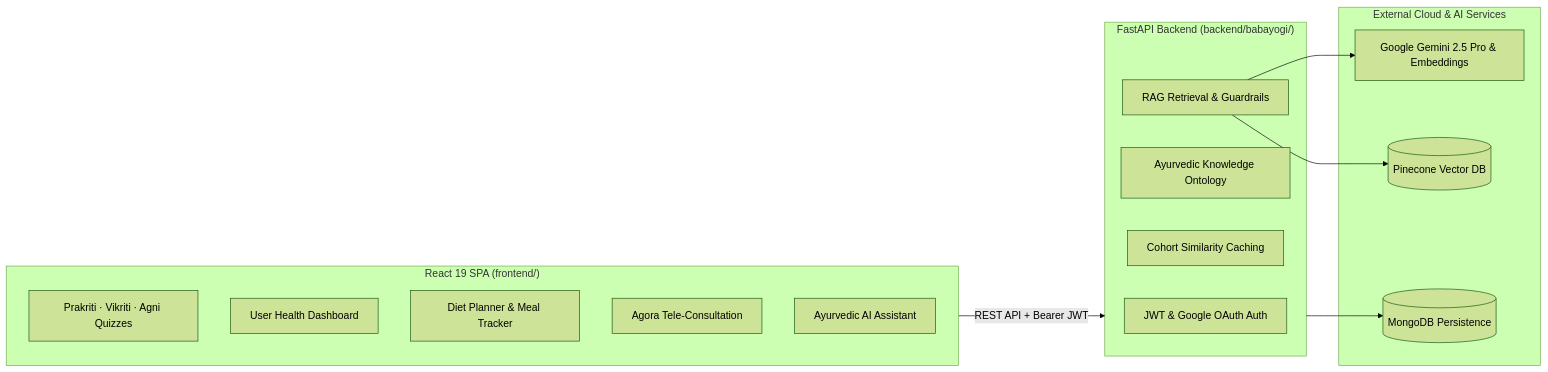
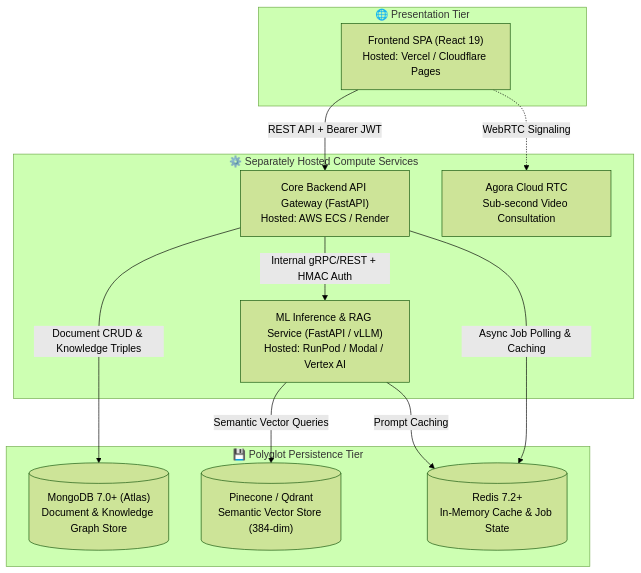
Before and after one commit to rajgupta04/Ayurvarta: the diagram in README.md, drawn with Mermaid (forest theme). The commit also changed other lines of this file and 9 other files, not shown here.

Commit message:
docs: add project rules and comprehensive distributed system architecture documentation

````diff
--- a/README.md
+++ b/README.md
@@ -11,28 +13,26 @@
 ```mermaid
-flowchart LR
-    subgraph Frontend["React 19 SPA (frontend/)"]
-        Quizzes["Prakriti · Vikriti · Agni Quizzes"]
-        Dashboard["User Health Dashboard"]
-        DietUI["Diet Planner & Meal Tracker"]
-        Agora["Agora Tele-Consultation"]
-        Chatbot["Ayurvedic AI Assistant"]
+flowchart TD
+    subgraph ClientTier["🌐 Presentation Tier"]
+        FE["Frontend SPA (React 19)<br/>Hosted: Vercel / Cloudflare Pages"]
     end
 
-    subgraph Backend["FastAPI Backend (backend/babayogi/)"]
-        Auth["JWT & Google OAuth Auth"]
-        Ontology["Ayurvedic Knowledge Ontology"]
-        Cache["Cohort Similarity Caching"]
-        RAG["RAG Retrieval & Guardrails"]
+    subgraph ServiceTier["⚙️ Separately Hosted Compute Services"]
+        Backend["Core Backend API Gateway (FastAPI)<br/>Hosted: AWS ECS / Render"]
+        MLService["ML Inference & RAG Service (FastAPI / vLLM)<br/>Hosted: RunPod / Modal / Vertex AI"]
+        Agora["Agora Cloud RTC<br/>Sub-second Video Consultation"]
     end
 
-    subgraph External["External Cloud & AI Services"]
-        Gemini["Google Gemini 2.5 Pro & Embeddings"]
-        Pinecone[("Pinecone Vector DB")]
-        MongoDB[("MongoDB Persistence")]
+    subgraph PolyglotTier["💾 Polyglot Persistence Tier"]
+        MongoDB[("MongoDB 7.0+ (Atlas)<br/>Document & Knowledge Graph Store")]
+        Pinecone[("Pinecone / Qdrant<br/>Semantic Vector Store (384-dim)")]
+        Redis[("Redis 7.2+<br/>In-Memory Cache & Job State")]
     end
 
-    Frontend -->|REST API + Bearer JWT| Backend
-    Backend --> MongoDB
-    RAG --> Pinecone
-    RAG --> Gemini
+    FE -->|REST API + Bearer JWT| Backend
+    FE -.->|WebRTC Signaling| Agora
+    Backend -->|Document CRUD & Knowledge Triples| MongoDB
+    Backend -->|Async Job Polling & Caching| Redis
+    Backend -->|Internal gRPC/REST + HMAC Auth| MLService
+    MLService -->|Semantic Vector Queries| Pinecone
+    MLService -->|Prompt Caching| Redis
 ```
````
